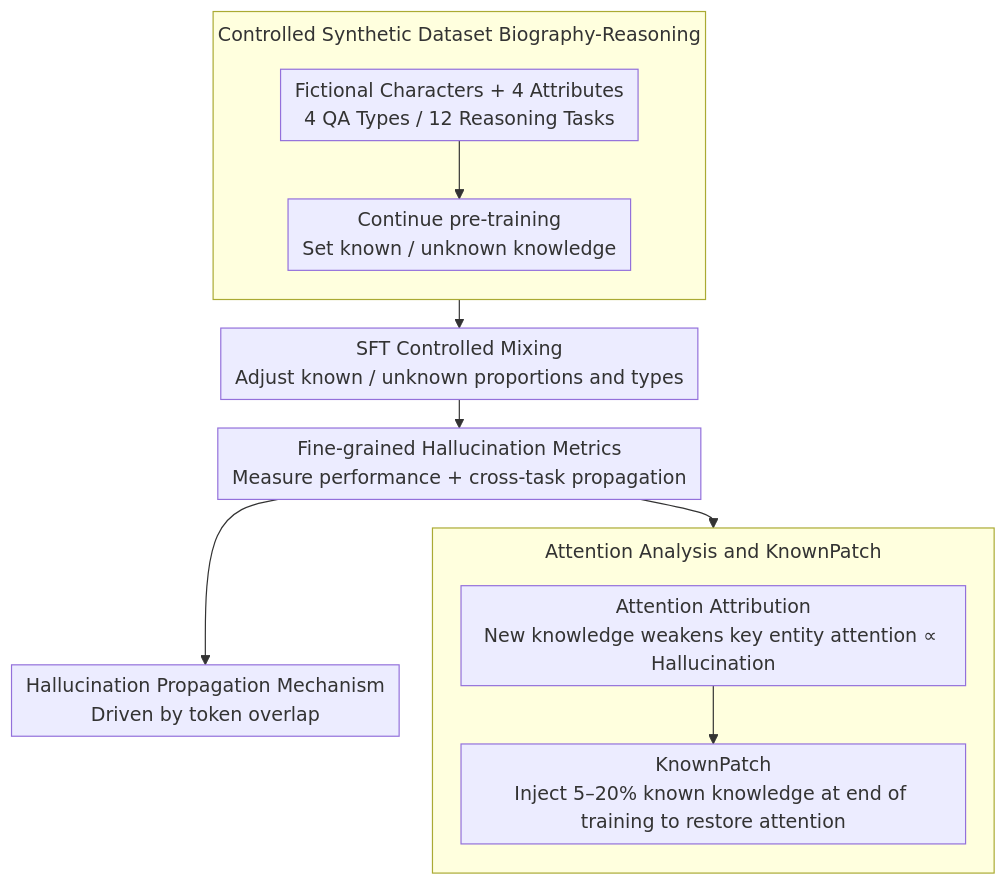
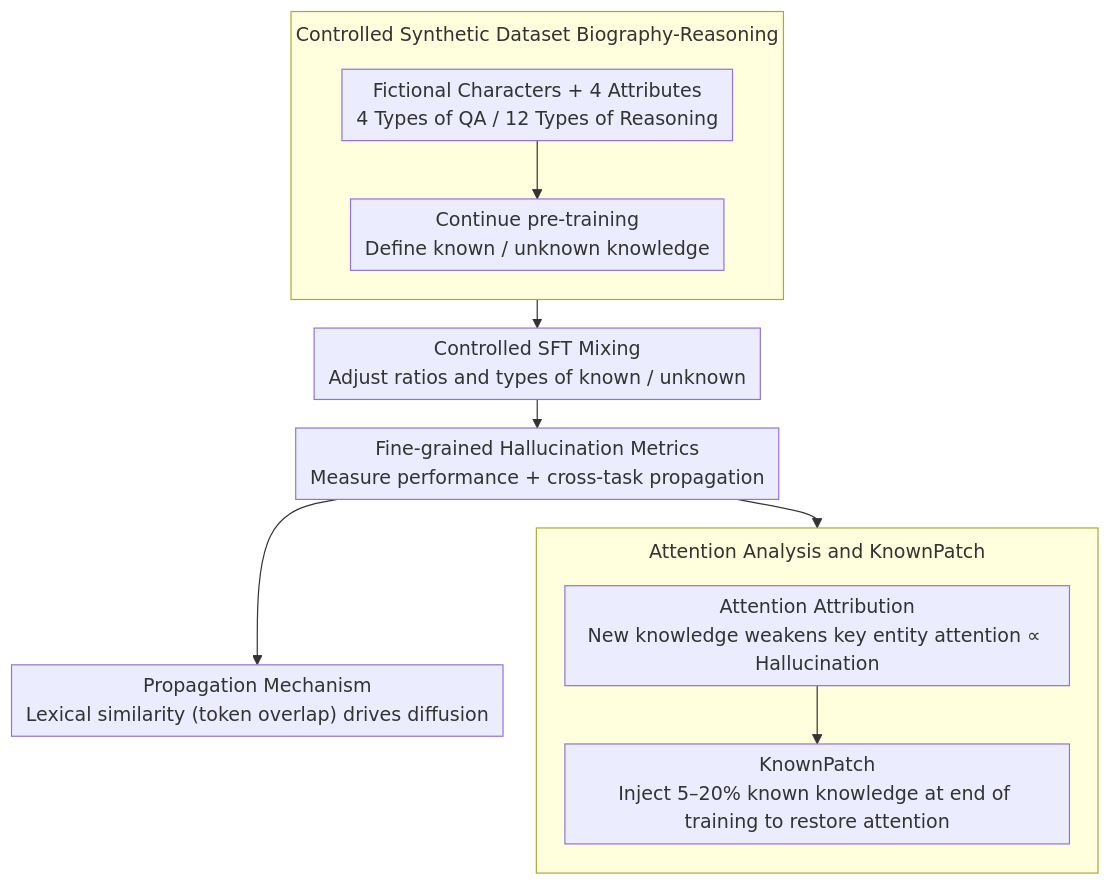
The diagram in docs/ACL2026/hallucination/understanding_new-knowledge-induced_factual_hallucinations_in_llms_analysis_and_.md (zhaoyang97/Paper-Notes-en), drawn with Mermaid before and after one commit. The commit also changed other lines of this file and 5084 other files, not shown here.

````diff
--- a/docs/ACL2026/hallucination/understanding_new-knowledge-induced_factual_hallucinations_in_llms_analysis_and_.md
+++ b/docs/ACL2026/hallucination/understanding_new-knowledge-induced_factual_hallucinations_in_llms_analysis_and_.md
@@ -47,16 +47,16 @@
 ```mermaid
 %%{init: {'flowchart': {'rankSpacing': 24, 'nodeSpacing': 28, 'padding': 6, 'wrappingWidth': 400, 'subGraphTitleMargin': {'top': 8, 'bottom': 16}}}}%%
 flowchart TD
     subgraph DATA["Controlled Synthetic Dataset Biography-Reasoning"]
         direction TB
-        A["Fictional Characters + 4 Attributes<br/>4 QA Types / 12 Reasoning Tasks"] --> B["Continue pre-training<br/>Set known / unknown knowledge"]
+        A["Fictional Characters + 4 Attributes<br/>4 Types of QA / 12 Types of Reasoning"] --> B["Continue pre-training<br/>Define known / unknown knowledge"]
     end
-    DATA --> C["SFT Controlled Mixing<br/>Adjust known / unknown proportions and types"]
+    DATA --> C["Controlled SFT Mixing<br/>Adjust ratios and types of known / unknown"]
     C --> D["Fine-grained Hallucination Metrics<br/>Measure performance + cross-task propagation"]
     subgraph ATT["Attention Analysis and KnownPatch"]
         direction TB
         E["Attention Attribution<br/>New knowledge weakens key entity attention ∝ Hallucination"] --> G["KnownPatch<br/>Inject 5–20% known knowledge at end of training to restore attention"]
     end
     D --> ATT
-    D --> F["Hallucination Propagation Mechanism<br/>Driven by token overlap"]
+    D --> F["Propagation Mechanism<br/>Lexical similarity (token overlap) drives diffusion"]
 ```
````
